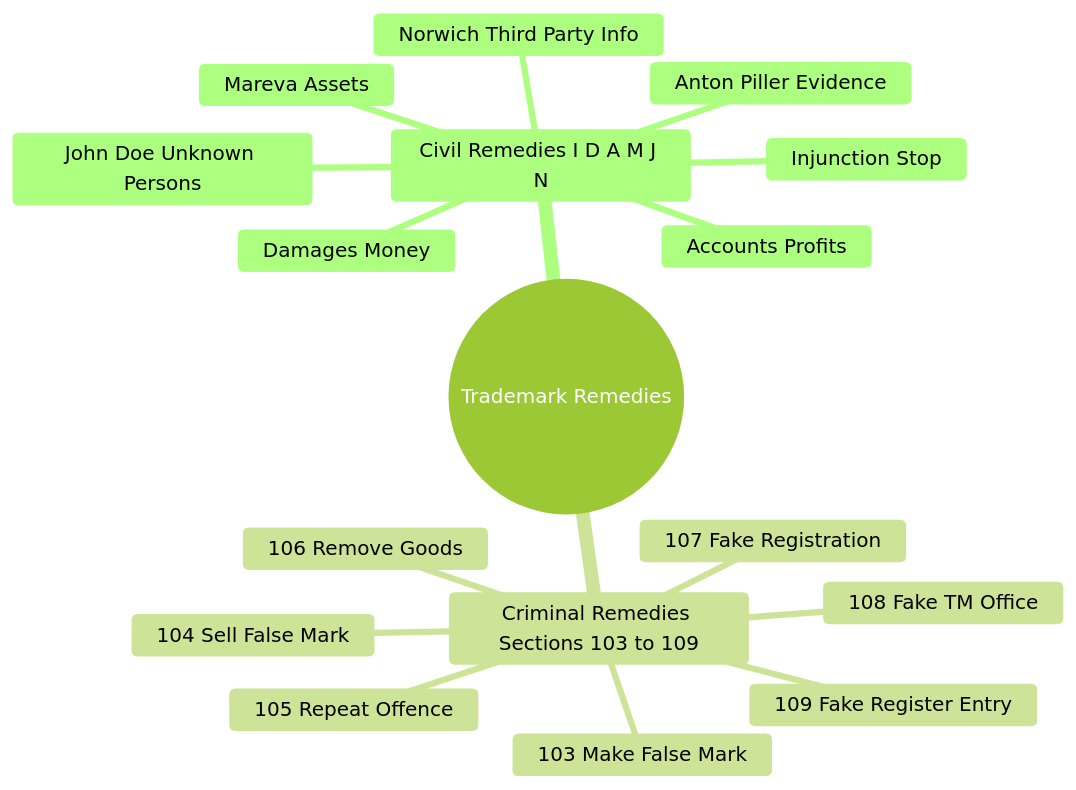
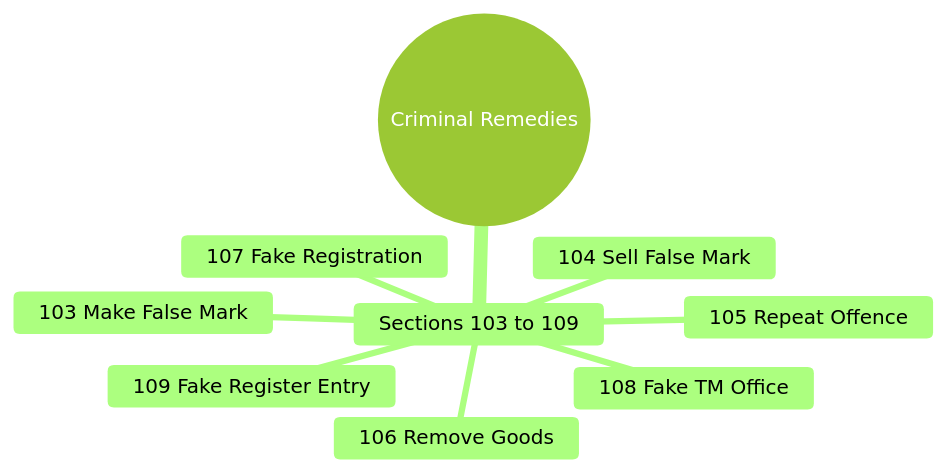
One commit to Aryns293/IPR changed diagram 12 of 12 in 13_Remedies_for_Infringement_of_Trademarks.md. Above: the diagram before and after it, drawn with Mermaid (forest theme). The commit also changed other lines of this file, not shown here.

Commit message:
Refine mindmaps in Chapter 13

````diff
--- a/13_Remedies_for_Infringement_of_Trademarks.md
+++ b/13_Remedies_for_Infringement_of_Trademarks.md
@@ -402,20 +416,12 @@
 ```mermaid
 mindmap
-  root((Trademark Remedies))
-    Civil Remedies I D A M J N
-      Injunction Stop
-      Damages Money
-      Accounts Profits
-      Anton Piller Evidence
-      Mareva Assets
-      John Doe Unknown Persons
-      Norwich Third Party Info
-    Criminal Remedies Sections 103 to 109
+  root((Criminal Remedies))
+    Sections 103 to 109
       103 Make False Mark
       104 Sell False Mark
       105 Repeat Offence
       106 Remove Goods
       107 Fake Registration
       108 Fake TM Office
       109 Fake Register Entry
 ```
````
